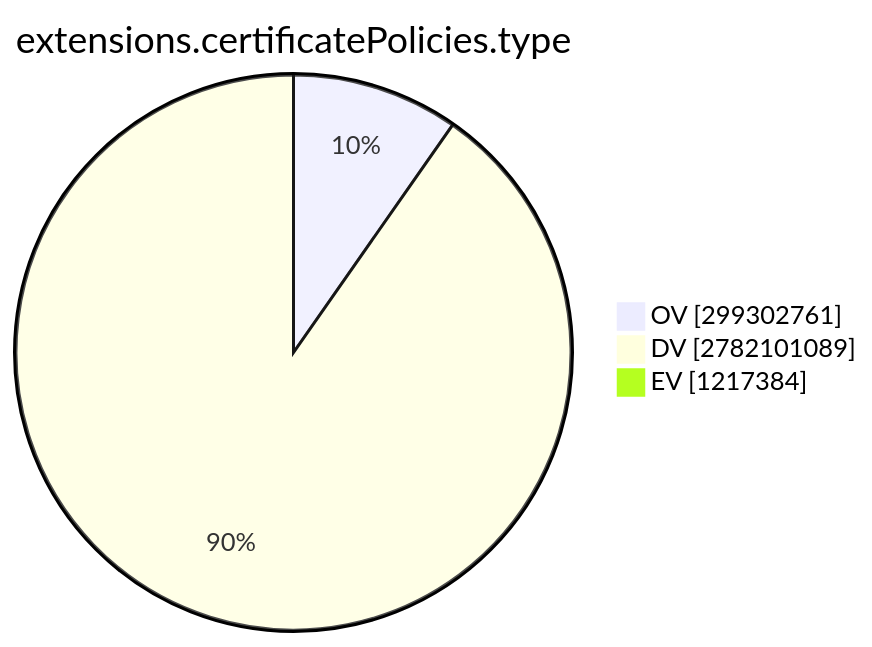
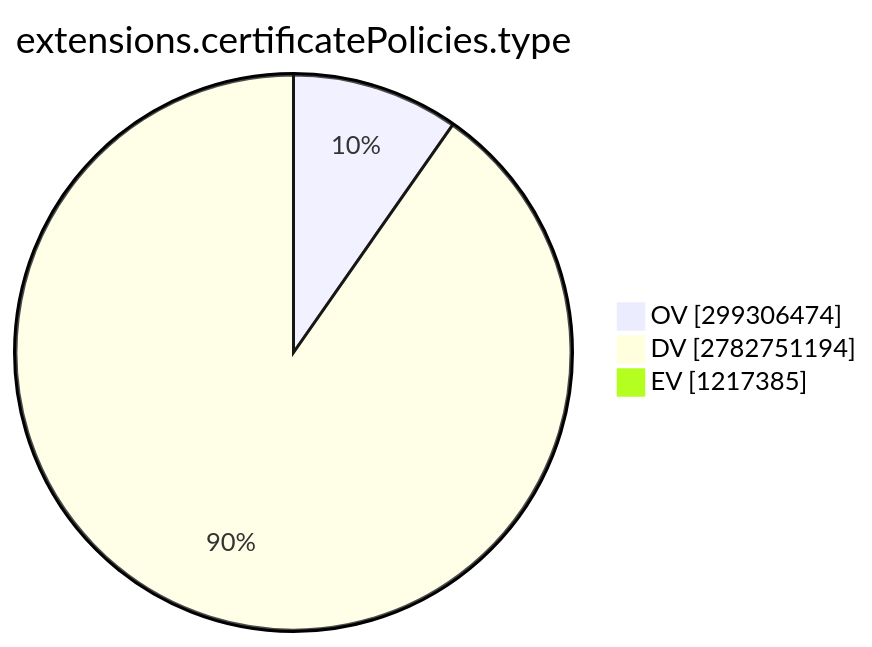
The ninth of 15 diagrams in TOTAL/README.md (christiankrug/ctmonitor_visualization), drawn with Mermaid before and after one commit. The commit also changed other lines of this file, not shown here.

````diff
--- a/TOTAL/README.md
+++ b/TOTAL/README.md
@@ -3101,7 +3101,7 @@
 ```mermaid
 pie showData
 title extensions.certificatePolicies.type
-"OV" :299302761
-"DV" :2782101089
-"EV" :1217384
+"OV" :299306474
+"DV" :2782751194
+"EV" :1217385
 ```
````
